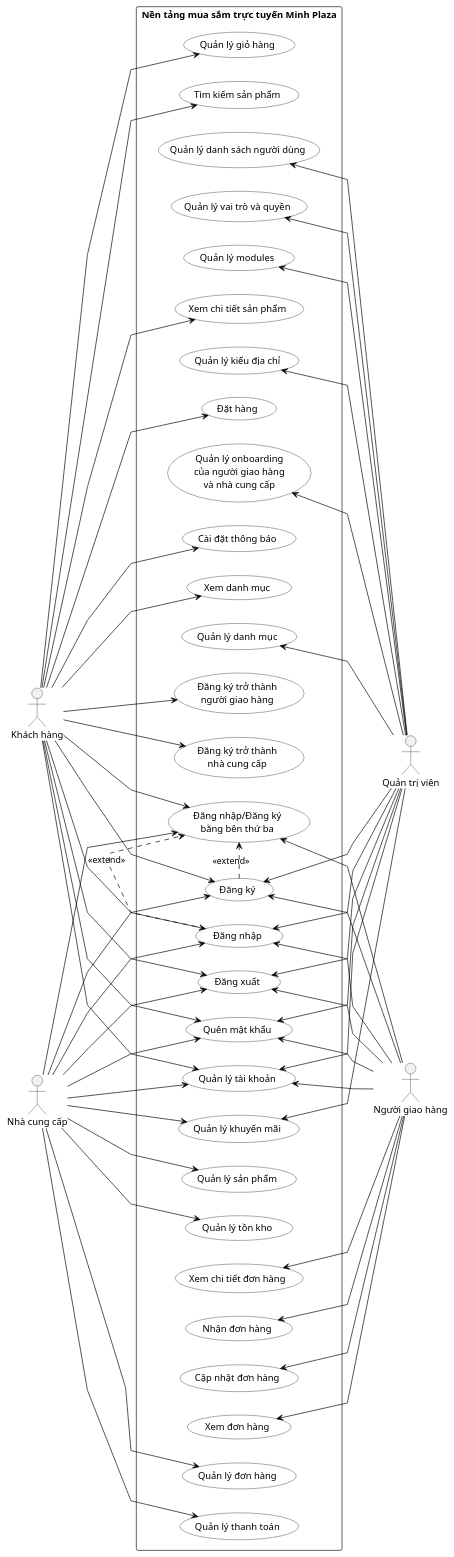
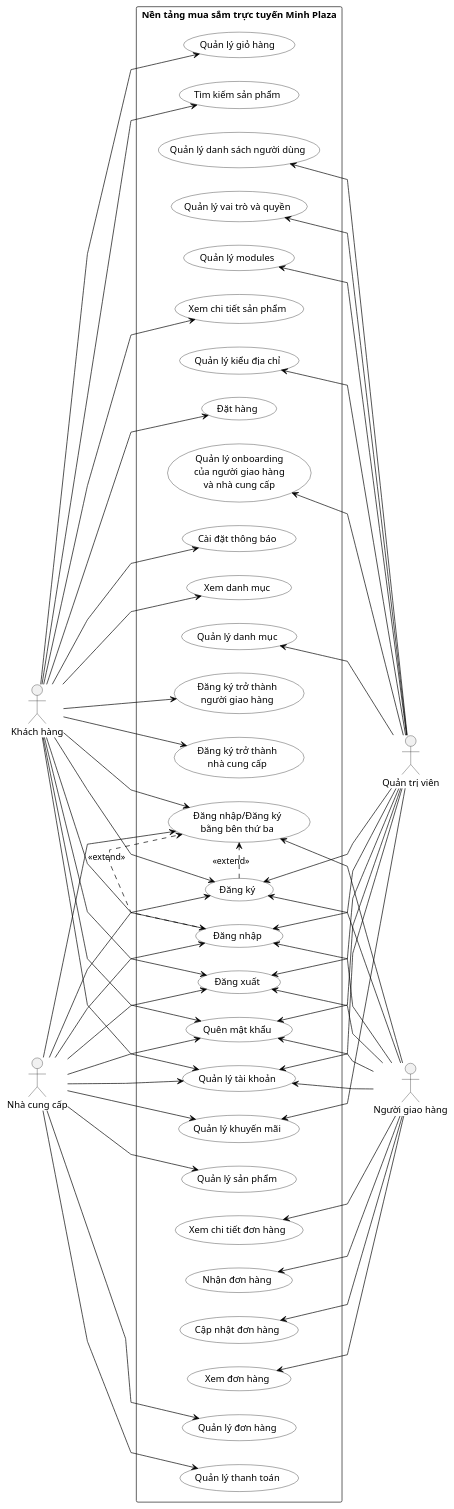
Before and after one commit to TienMinh25/ecommerce-platform: the diagram in docs/use-case-tong-quan.puml, drawn with PlantUML.

```diff
--- a/docs/use-case-tong-quan.puml
+++ b/docs/use-case-tong-quan.puml
@@ -1,126 +1,124 @@
 @startuml
 ' Use horizontal layout with actors on both sides
 left to right direction
 ' Improve visual appearance
 skinparam usecase {
   BackgroundColor white
   BorderColor black
   ArrowColor black
 }
 skinparam packageStyle rectangle
 skinparam linetype polyline
 ' Left actors
 actor "Khách hàng" as kh
 actor "Nhà cung cấp" as ncc
 ' Right actors
 actor "Quản trị viên" as qtv
 actor "Người giao hàng" as ngh
 ' Group common use cases in the middle (short names on same rows)
 rectangle "Nền tảng mua sắm trực tuyến Minh Plaza" {
   ' Authentication use cases - rearranged for better layout
   usecase "Đăng ký" as UC2
   usecase "Đăng nhập/Đăng ký\nbằng bên thứ ba" as UC30
   usecase "Đăng nhập" as UC1
 
   usecase "Đăng xuất" as UC3
   usecase "Quên mật khẩu" as UC4
 
   ' User management use cases (admin)
   usecase "Quản lý danh sách người dùng" as UC5
   usecase "Quản lý vai trò và quyền" as UC6
   usecase "Quản lý modules" as UC7
   usecase "Quản lý kiểu địa chỉ" as UC8
   usecase "Quản lý onboarding\ncủa người giao hàng\nvà nhà cung cấp" as UC9
 
   ' Account and profile use cases
   usecase "Quản lý tài khoản" as UC10
 
   ' Catalog management use cases
   usecase "Quản lý danh mục" as UC11
   usecase "Quản lý khuyến mãi" as UC12
   usecase "Quản lý sản phẩm" as UC19
 
   ' Customer-facing use cases
   usecase "Quản lý giỏ hàng" as UC13
   usecase "Tìm kiếm sản phẩm" as UC14
   usecase "Xem chi tiết sản phẩm" as UC15
   usecase "Đặt hàng" as UC16
   usecase "Cài đặt thông báo" as UC17
   usecase "Xem danh mục" as UC18
 
   ' Supplier-facing use cases
-  usecase "Quản lý tồn kho" as UC20
   usecase "Quản lý đơn hàng" as UC21
   usecase "Quản lý thanh toán" as UC22
 
   ' Delivery person use cases
   usecase "Xem đơn hàng" as UC24
   usecase "Xem chi tiết đơn hàng" as UC25
   usecase "Nhận đơn hàng" as UC26
   usecase "Cập nhật đơn hàng" as UC27
 
   ' New customer onboarding use cases
   usecase "Đăng ký trở thành\nngười giao hàng" as UC28
   usecase "Đăng ký trở thành\nnhà cung cấp" as UC29
 }
 
 ' Extend relationships
 UC2 .> UC30 : <<extend>>
 UC1 .> UC30 : <<extend>>
 
 ' Connect actors to their use cases
 ' Khách hàng connections
 kh --> UC1
 kh --> UC2
 kh --> UC3
 kh --> UC4
 kh --> UC10
 kh --> UC13
 kh --> UC14
 kh --> UC15
 kh --> UC16
 kh --> UC17
 kh --> UC18
 kh --> UC28
 kh --> UC29
 kh --> UC30
 
 ' Nhà cung cấp connections
 ncc --> UC1
 ncc --> UC2
 ncc --> UC3
 ncc --> UC4
 ncc --> UC10
 ncc --> UC12
 ncc --> UC19
-ncc --> UC20
 ncc --> UC21
 ncc --> UC22
 ncc --> UC30
 
 ' Admin connections
 UC5 <-- qtv
 UC6 <-- qtv
 UC7 <-- qtv
 UC8 <-- qtv
 UC9 <-- qtv
 UC10 <-- qtv
 UC11 <-- qtv
 UC12 <-- qtv
 UC1 <-- qtv
 UC2 <-- qtv
 UC3 <-- qtv
 UC4 <-- qtv
 
 ' Delivery person connections
 UC1 <-- ngh
 UC2 <-- ngh
 UC3 <-- ngh
 UC4 <-- ngh
 UC10 <-- ngh
 UC24 <-- ngh
 UC25 <-- ngh
 UC26 <-- ngh
 UC27 <-- ngh
 UC30 <-- ngh
 @enduml
```
